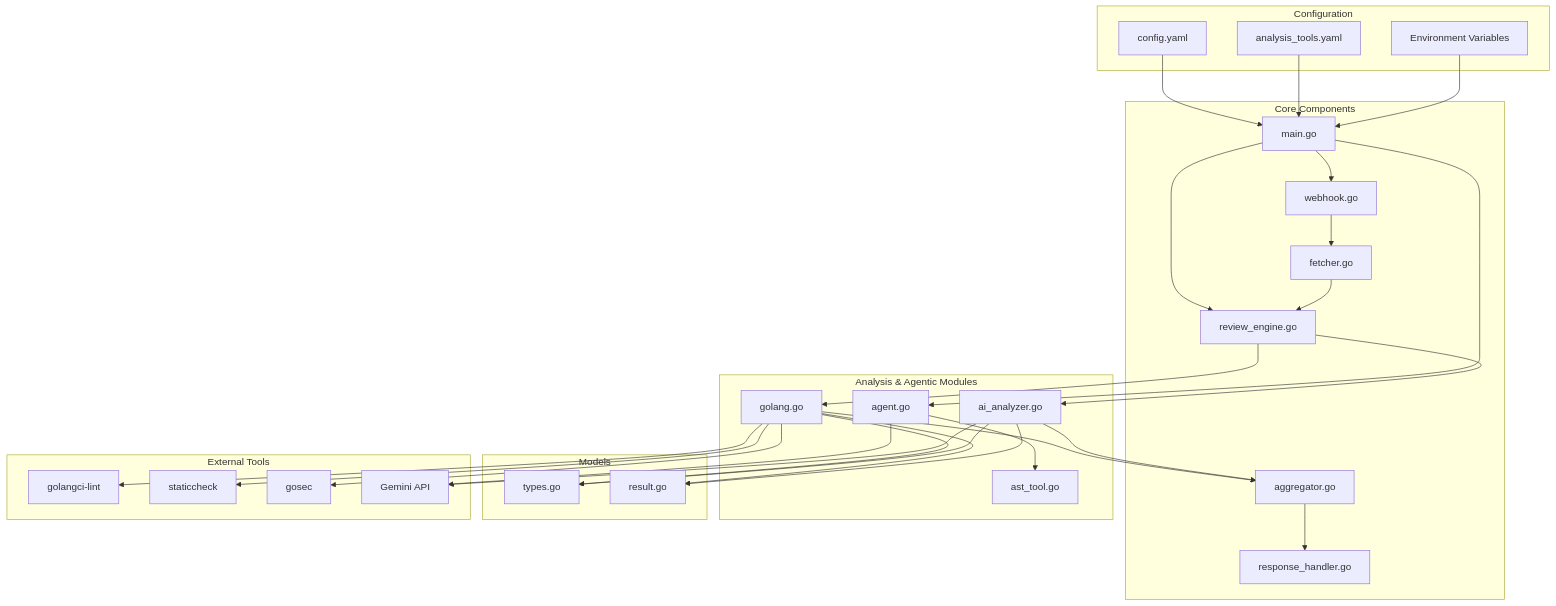
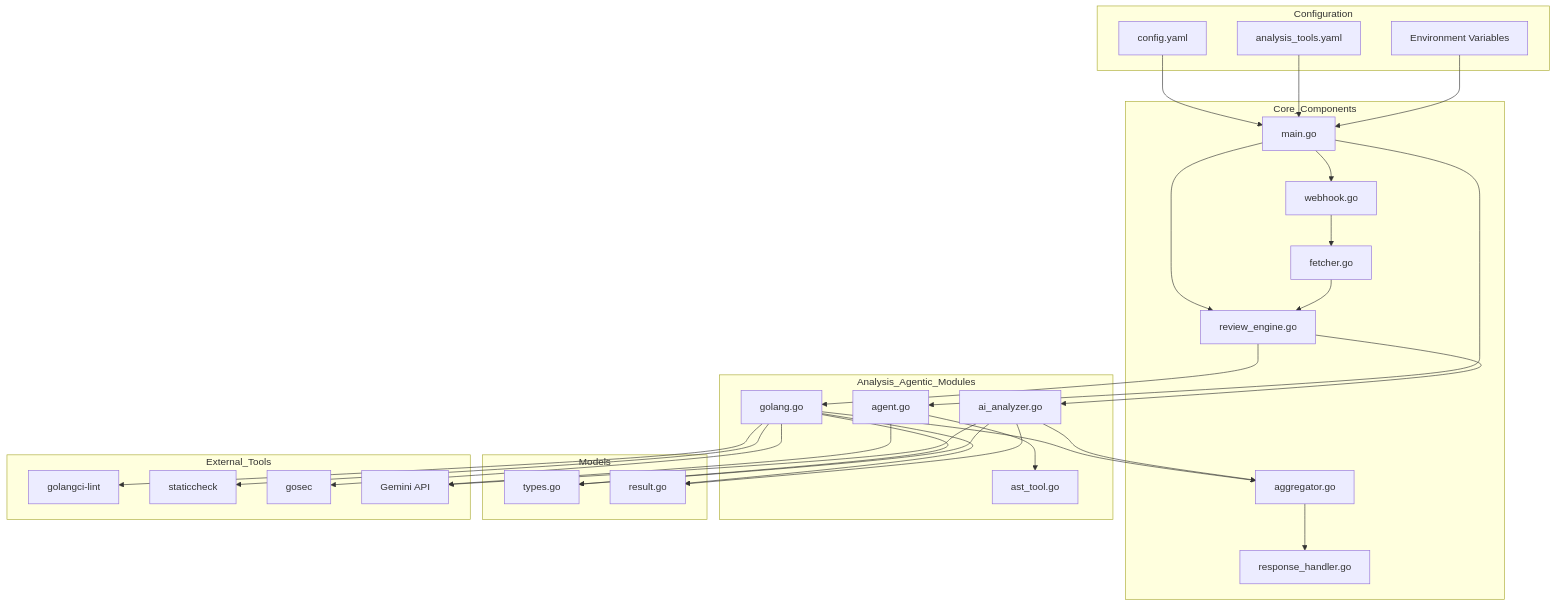
One commit to EuclidStellar/golloraa changed the first of 6 diagrams in logical_flow.md. Above: the diagram before and after it, drawn with Mermaid. The commit also changed other lines of this file, not shown here.

First line of the commit message:
Refactor logical flow diagrams for consistency

````diff
--- a/logical_flow.md
+++ b/logical_flow.md
@@ -3,66 +3,65 @@
 ```mermaid 
 flowchart TD
-    subgraph "Configuration"
+    subgraph Configuration
         A1[config.yaml]
         A2[analysis_tools.yaml]
         A3[Environment Variables]
     end
     
-    subgraph "Core Components"
+    subgraph Core_Components
         B[main.go]
         C[webhook.go]
         D[fetcher.go]
         E[review_engine.go]
         F[aggregator.go]
         G[response_handler.go]
     end
     
-    subgraph "Analysis & Agentic Modules"
+    subgraph Analysis_Agentic_Modules
         H[golang.go]
         I[ai_analyzer.go]
         P[agent.go]
         Q[ast_tool.go]
     end
     
-    subgraph "Models"
+    subgraph Models
         J[types.go]
         K[result.go]
     end
     
-    subgraph "External Tools"
+    subgraph External_Tools
         L[golangci-lint]
         M[staticcheck]
         N[gosec]
         O[Gemini API]
     end
     
     A1 --> B
     A2 --> B
     A3 --> B
     
     B --> C
     B --> E
     B --> P
     
     C --> D
     D --> E
     E --> H
     E --> I
     H --> F
     I --> F
     F --> G
     
     P --> Q
     P --> O
     
     H --> J
     H --> K
     I --> J
     I --> K
     
     H --> L
     H --> M
     H --> N
     I --> O
-
 ```
````
